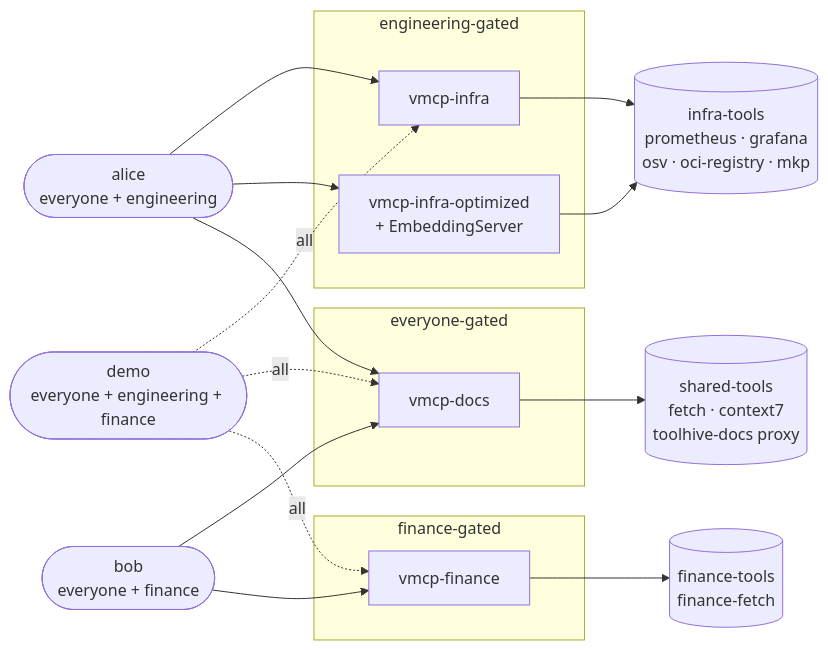
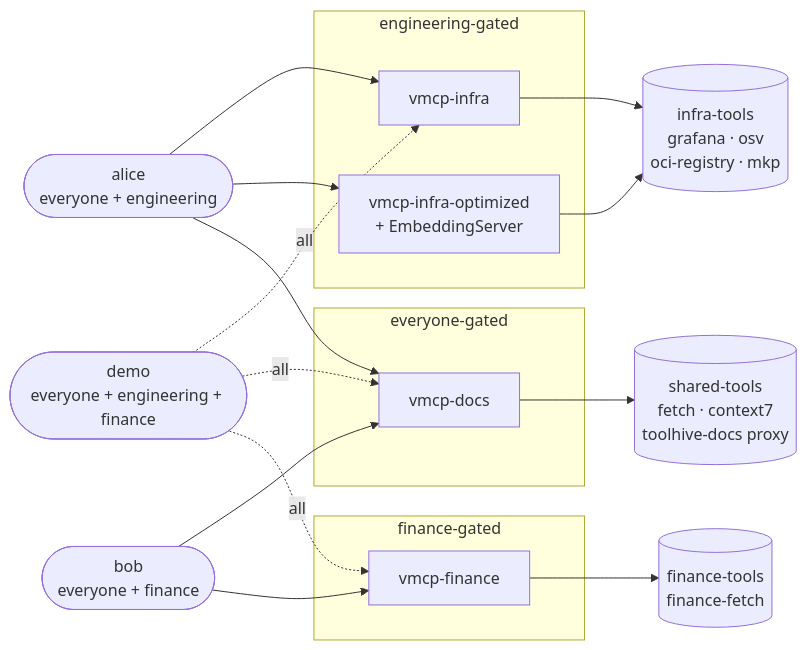
One commit to StacklokLabs/toolhive-demo-sandbox changed the second of 4 diagrams in ARCHITECTURE.md. Above: the diagram before and after it, drawn with Mermaid. The commit also changed other lines of this file and 13 other files, not shown here.

````diff
--- a/ARCHITECTURE.md
+++ b/ARCHITECTURE.md
@@ -78,37 +78,37 @@
 ```mermaid
 graph LR
   alice([alice<br/>everyone + engineering])
   bob([bob<br/>everyone + finance])
   demo([demo<br/>everyone + engineering + finance])
 
   subgraph InfraGateways[engineering-gated]
     vmcpInfra[vmcp-infra]
     vmcpOpt[vmcp-infra-optimized<br/>+ EmbeddingServer]
   end
 
   subgraph SharedGateways[everyone-gated]
     vmcpDocs[vmcp-docs]
   end
 
   subgraph FinGateways[finance-gated]
     vmcpFin[vmcp-finance]
   end
 
-  InfraTools[(infra-tools<br/>prometheus · grafana<br/>osv · oci-registry · mkp)]
+  InfraTools[(infra-tools<br/>grafana · osv<br/>oci-registry · mkp)]
   SharedTools[(shared-tools<br/>fetch · context7<br/>toolhive-docs proxy)]
   FinTools[(finance-tools<br/>finance-fetch)]
 
   alice --> vmcpInfra
   alice --> vmcpOpt
   alice --> vmcpDocs
   bob --> vmcpDocs
   bob --> vmcpFin
   demo -.all.-> vmcpInfra
   demo -.all.-> vmcpDocs
   demo -.all.-> vmcpFin
 
   vmcpInfra --> InfraTools
   vmcpOpt --> InfraTools
   vmcpDocs --> SharedTools
   vmcpFin --> FinTools
 ```
````
